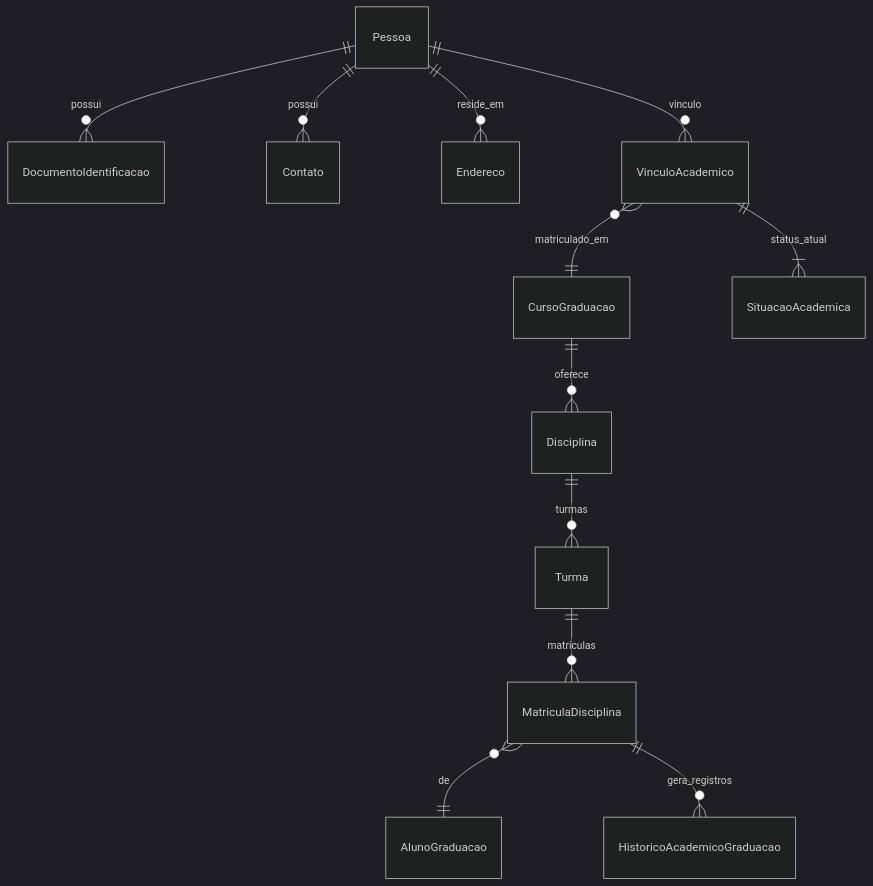
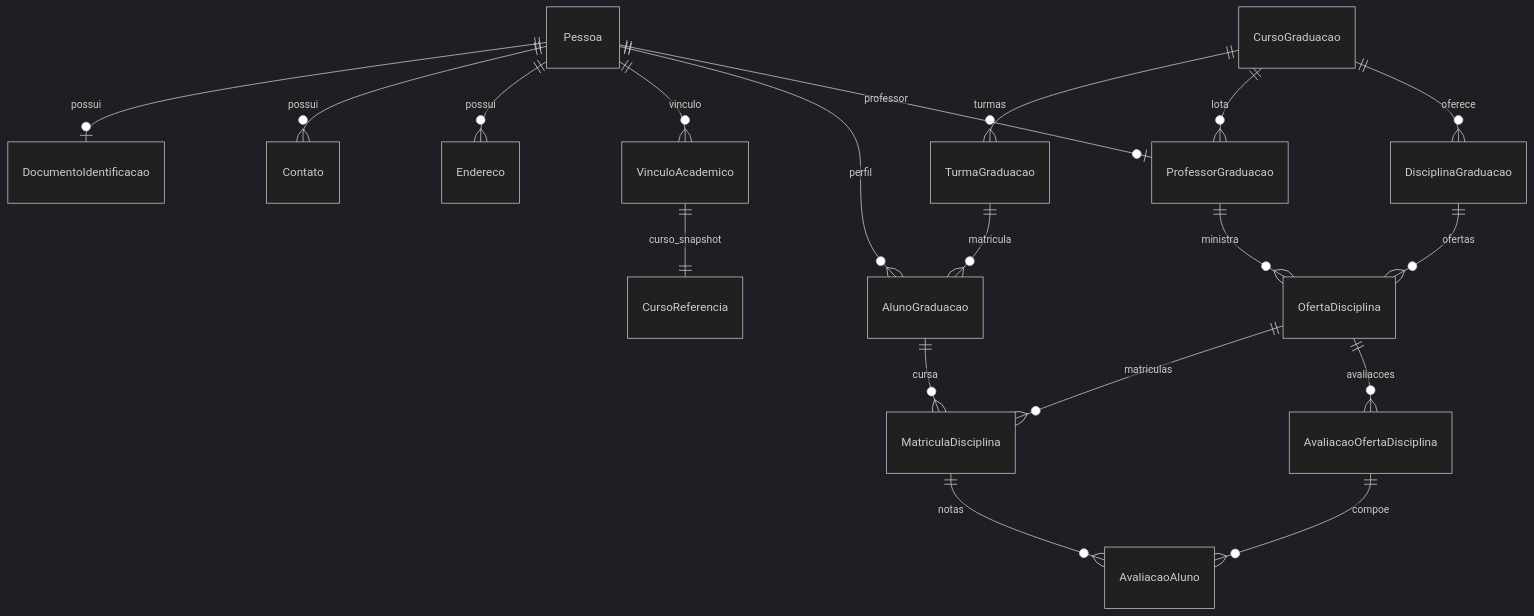
One commit to ydirickson/TCC-MBAEsalq changed the first of 2 diagrams in planejamento/modulos/graduacao.md. Above: the diagram before and after it, drawn with Mermaid (dark theme). The commit also changed other lines of this file and 6 other files, not shown here.

````diff
--- a/planejamento/modulos/graduacao.md
+++ b/planejamento/modulos/graduacao.md
@@ -20,16 +20,27 @@
 ```mermaid
 erDiagram
-  Pessoa ||--o{ DocumentoIdentificacao : possui
+  Pessoa ||--o| DocumentoIdentificacao : possui
   Pessoa ||--o{ Contato : possui
-  Pessoa ||--o{ Endereco : reside_em
+  Pessoa ||--o{ Endereco : possui
 
   Pessoa ||--o{ VinculoAcademico : vinculo
-  VinculoAcademico }o--|| CursoGraduacao : matriculado_em
-  VinculoAcademico ||--|{ SituacaoAcademica : status_atual
+  VinculoAcademico ||--|| CursoReferencia : curso_snapshot
 
-  CursoGraduacao ||--o{ Disciplina : oferece
-  Disciplina ||--o{ Turma : turmas
-  Turma ||--o{ MatriculaDisciplina : matriculas
-  MatriculaDisciplina }o--|| AlunoGraduacao : de
-  MatriculaDisciplina ||--o{ HistoricoAcademicoGraduacao : gera_registros
+  Pessoa ||--o{ AlunoGraduacao : perfil
+  TurmaGraduacao ||--o{ AlunoGraduacao : matricula
+  CursoGraduacao ||--o{ TurmaGraduacao : turmas
+
+  Pessoa ||--o| ProfessorGraduacao : professor
+  CursoGraduacao ||--o{ ProfessorGraduacao : lota
+
+  CursoGraduacao ||--o{ DisciplinaGraduacao : oferece
+  DisciplinaGraduacao ||--o{ OfertaDisciplina : ofertas
+  ProfessorGraduacao ||--o{ OfertaDisciplina : ministra
+
+  OfertaDisciplina ||--o{ MatriculaDisciplina : matriculas
+  AlunoGraduacao ||--o{ MatriculaDisciplina : cursa
+
+  OfertaDisciplina ||--o{ AvaliacaoOfertaDisciplina : avaliacoes
+  MatriculaDisciplina ||--o{ AvaliacaoAluno : notas
+  AvaliacaoOfertaDisciplina ||--o{ AvaliacaoAluno : compoe
 ```
````
